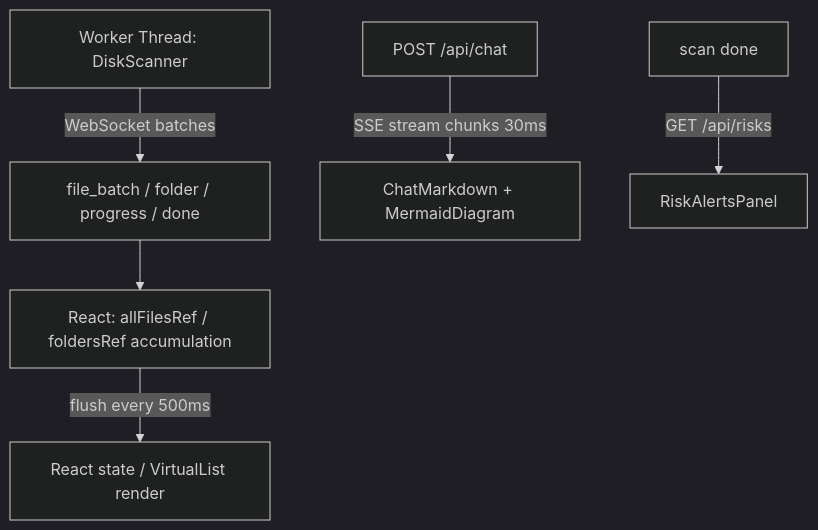
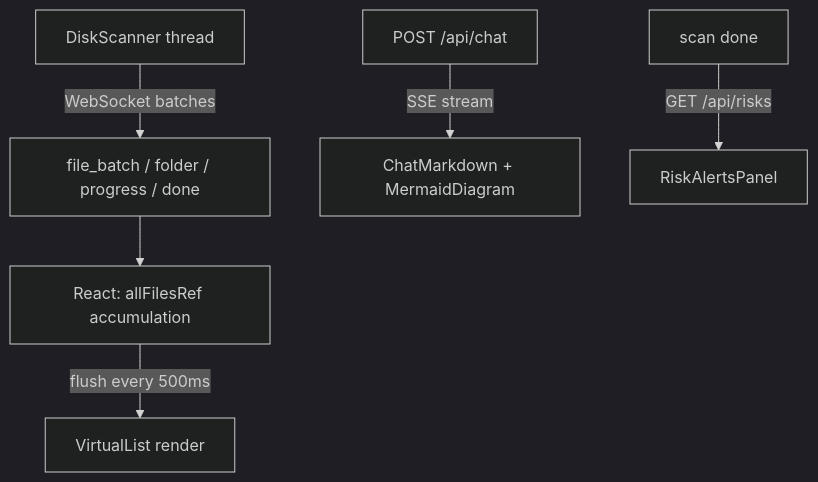
Before and after one commit to Lizzen/disk_analyzer: the diagram in README.md, drawn with Mermaid (dark theme). The commit also changed other lines of this file, not shown here.

````diff
--- a/README.md
+++ b/README.md
@@ -241,8 +171,8 @@
 ```mermaid
 flowchart TD
-    A[Worker Thread: DiskScanner] -->|WebSocket batches| B[file_batch / folder / progress / done]
-    B --> C[React: allFilesRef / foldersRef accumulation]
-    C -->|flush every 500ms| D[React state / VirtualList render]
-    E[POST /api/chat] -->|SSE stream chunks 30ms| F[ChatMarkdown + MermaidDiagram]
+    A[DiskScanner thread] -->|WebSocket batches| B[file_batch / folder / progress / done]
+    B --> C[React: allFilesRef accumulation]
+    C -->|flush every 500ms| D[VirtualList render]
+    E[POST /api/chat] -->|SSE stream| F[ChatMarkdown + MermaidDiagram]
     G[scan done] -->|GET /api/risks| H[RiskAlertsPanel]
 ```
````
